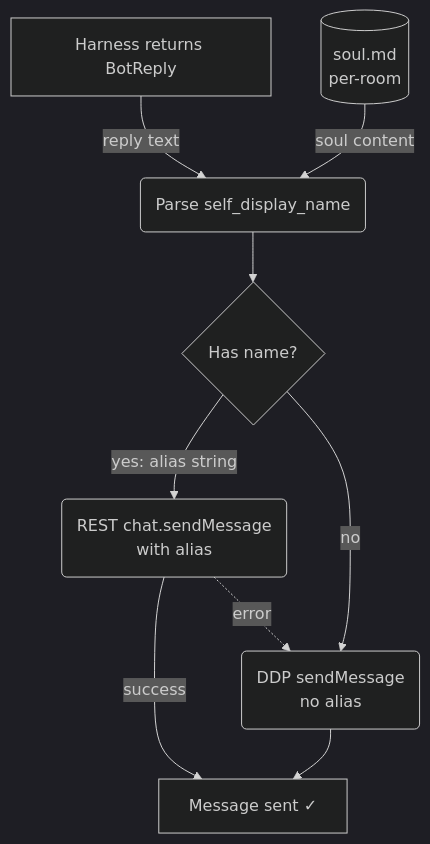
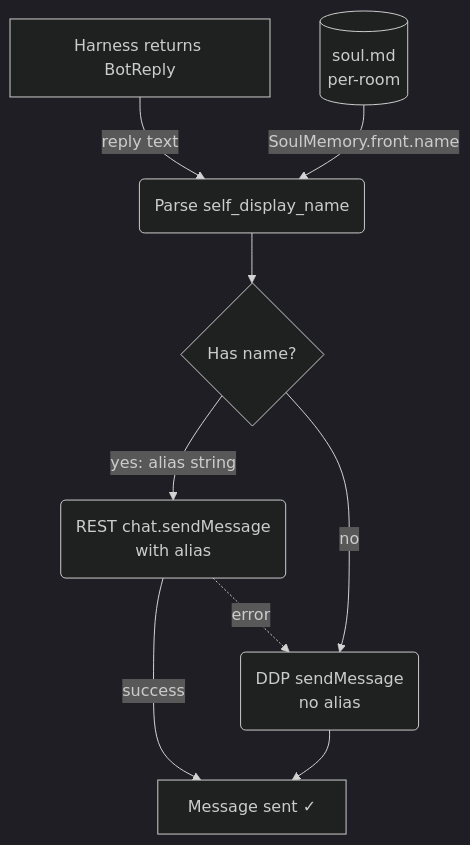
The diagram in _dfd/infra/rocketchat-rest/alias-source-soul.md (cosmoswafer/rockbot), drawn with Mermaid (dark theme) before and after one commit. The commit also changed other lines of this file and 22 other files, not shown here.

Commit message:
Soul format: YAML front matter + legacy name migration (closes #105)

````diff
--- a/_dfd/infra/rocketchat-rest/alias-source-soul.md
+++ b/_dfd/infra/rocketchat-rest/alias-source-soul.md
@@ -19,19 +20,19 @@
 ```mermaid
 flowchart TD
     HAR_RESP[Harness returns BotReply]
     SOUL[(soul.md<br/>per-room)]
     PARSE(Parse self_display_name)
     ALIAS{Has name?}
     REST_SEND(REST chat.sendMessage<br/>with alias)
     DDP_SEND(DDP sendMessage<br/>no alias)
     RESULT_OK[Message sent ✓]
 
     HAR_RESP -->|"reply text"| PARSE
-    SOUL -->|"soul content"| PARSE
+    SOUL -->|"SoulMemory.front.name"| PARSE
     PARSE --> ALIAS
     ALIAS -->|"yes: alias string"| REST_SEND
     ALIAS -->|"no"| DDP_SEND
     REST_SEND -->|"success"| RESULT_OK
     REST_SEND -.->|"error"| DDP_SEND
     DDP_SEND --> RESULT_OK
 ```
````
